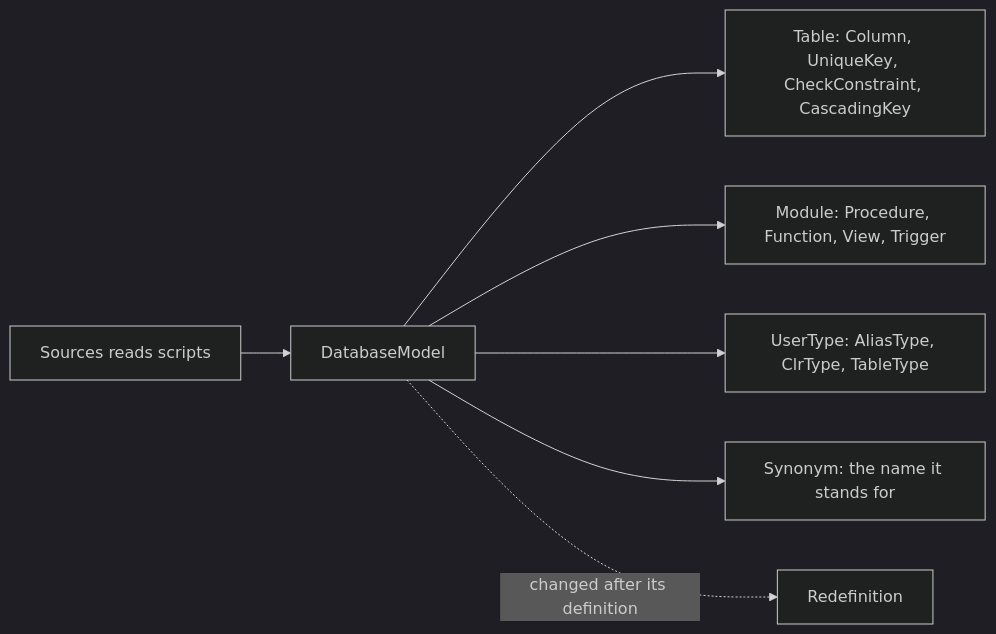
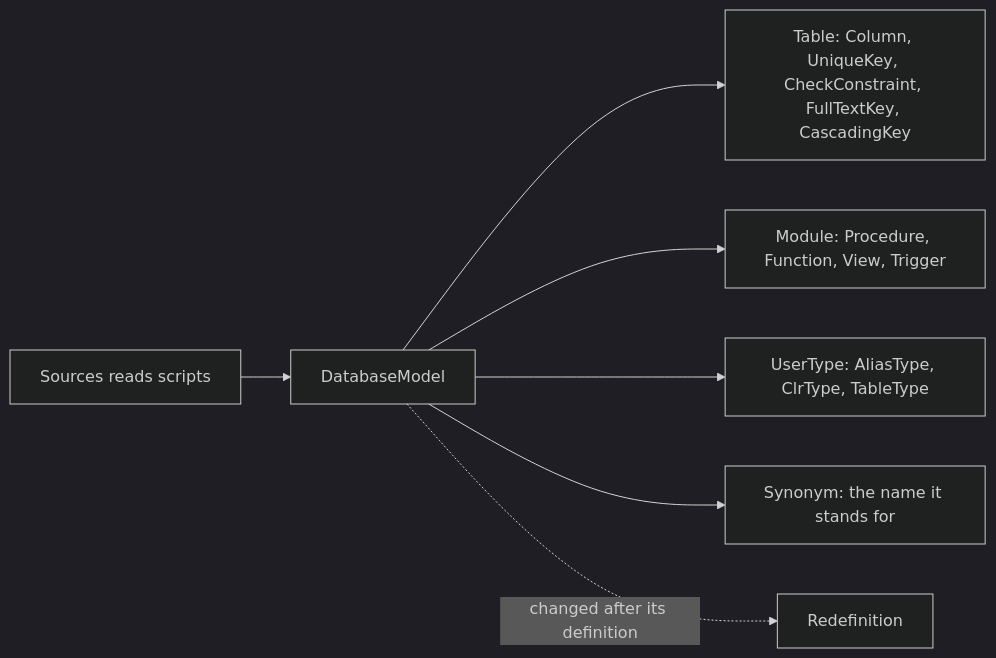
One commit to haruspex-tools/haruspex changed the diagram in src/Haruspex.SqlServer.Model/README.md. Above: the diagram before and after it, drawn with Mermaid (dark theme). The commit also changed other lines of this file and 57 other files, not shown here.

````diff
--- a/src/Haruspex.SqlServer.Model/README.md
+++ b/src/Haruspex.SqlServer.Model/README.md
@@ -25,9 +25,9 @@
 ```mermaid
 flowchart LR
     sources["Sources reads scripts"] --> model["DatabaseModel"]
-    model --> tables["Table: Column, UniqueKey, CheckConstraint, CascadingKey"]
+    model --> tables["Table: Column, UniqueKey, CheckConstraint, FullTextKey, CascadingKey"]
     model --> code["Module: Procedure, Function, View, Trigger"]
     model --> types["UserType: AliasType, ClrType, TableType"]
     model --> named["Synonym: the name it stands for"]
     model -.->|changed after its definition| redefinition["Redefinition"]
 ```
````
